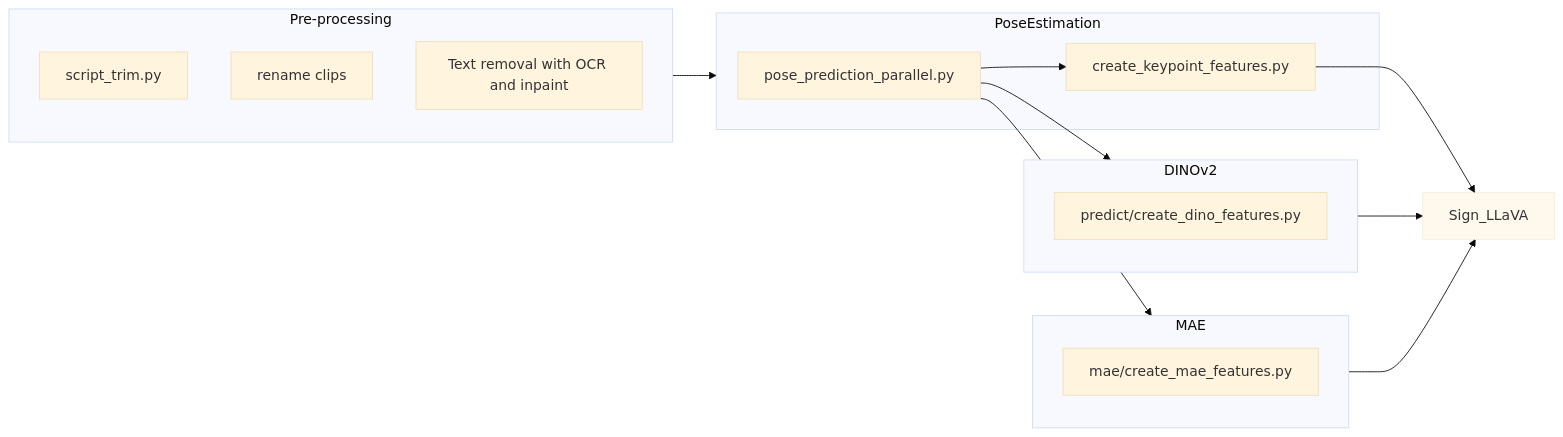
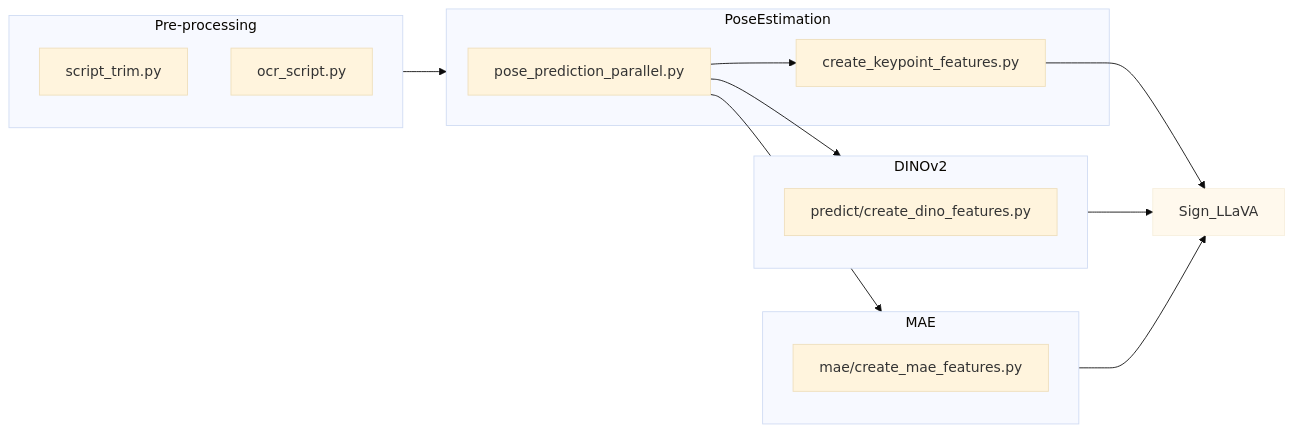
One commit to JSALT2024/scripts changed the diagram in pipelines/ENCODING_PIPELINE.md. Above: the diagram before and after it, drawn with Mermaid (base theme). The commit also changed other lines of this file, not shown here.

````diff
--- a/pipelines/ENCODING_PIPELINE.md
+++ b/pipelines/ENCODING_PIPELINE.md
@@ -1,32 +1,31 @@
 ```mermaid
 graph LR;   
     subgraph Pre-processing
         E[script_trim.py]
-        F[rename clips]
-        G[Text removal with OCR and inpaint]
+        G[ocr_script.py]
     end
     
     subgraph PoseEstimation
         A[pose_prediction_parallel.py]
         B[create_keypoint_features.py]
     end
     
     subgraph DINOv2
         D[predict/create_dino_features.py]
     end
     
     subgraph MAE
         C[mae/create_mae_features.py]
     end
     
     Pre-processing-->PoseEstimation
     A-->MAE
     A-->DINOv2
     A-->B
     
     DINOv2-->Sign_LLaVA
     MAE-->Sign_LLaVA
     B-->Sign_LLaVA
 
     style Sign_LLaVA opacity:0.5;
 ```
````
